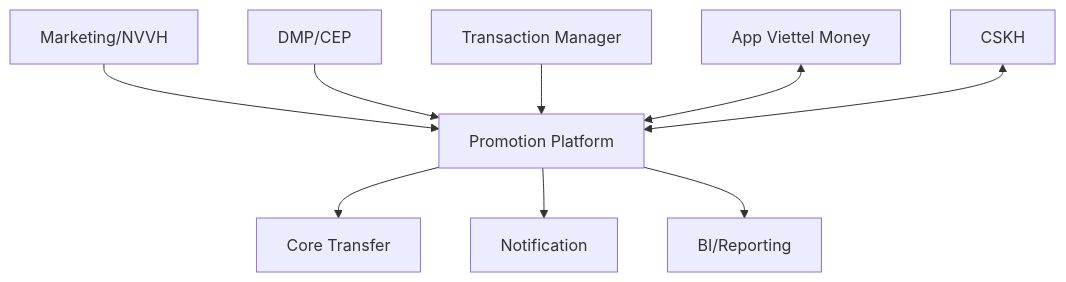
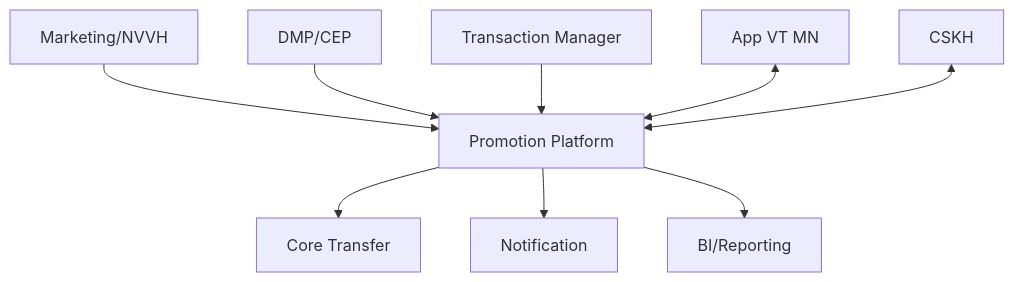
The diagram in bussiness_analysis/04-actor-va-he-thong-lien-quan.md (devtam-02/note-sharing), drawn with Mermaid before and after one commit. The commit also changed other lines of this file and 4 other files, not shown here.

````diff
--- a/bussiness_analysis/04-actor-va-he-thong-lien-quan.md
+++ b/bussiness_analysis/04-actor-va-he-thong-lien-quan.md
@@ -32,11 +32,11 @@
 ```mermaid
 flowchart TD
     A["Marketing/NVVH"] --> B["Promotion Platform"]
     C["DMP/CEP"] --> B
     D["Transaction Manager"] --> B
     B --> E["Core Transfer"]
     B --> F["Notification"]
-    G["App Viettel Money"] <--> B
+    G["App VT MN"] <--> B
     H["CSKH"] <--> B
     B --> I["BI/Reporting"]
 ```
````
